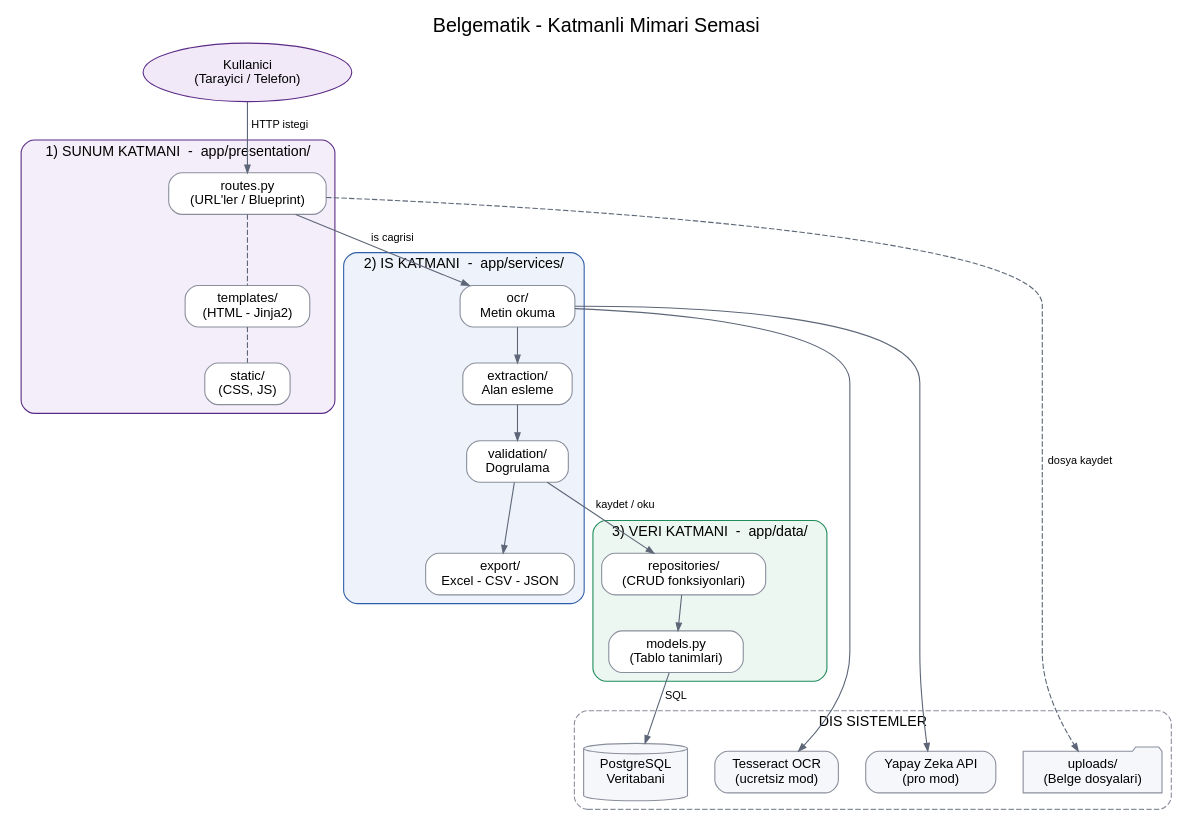
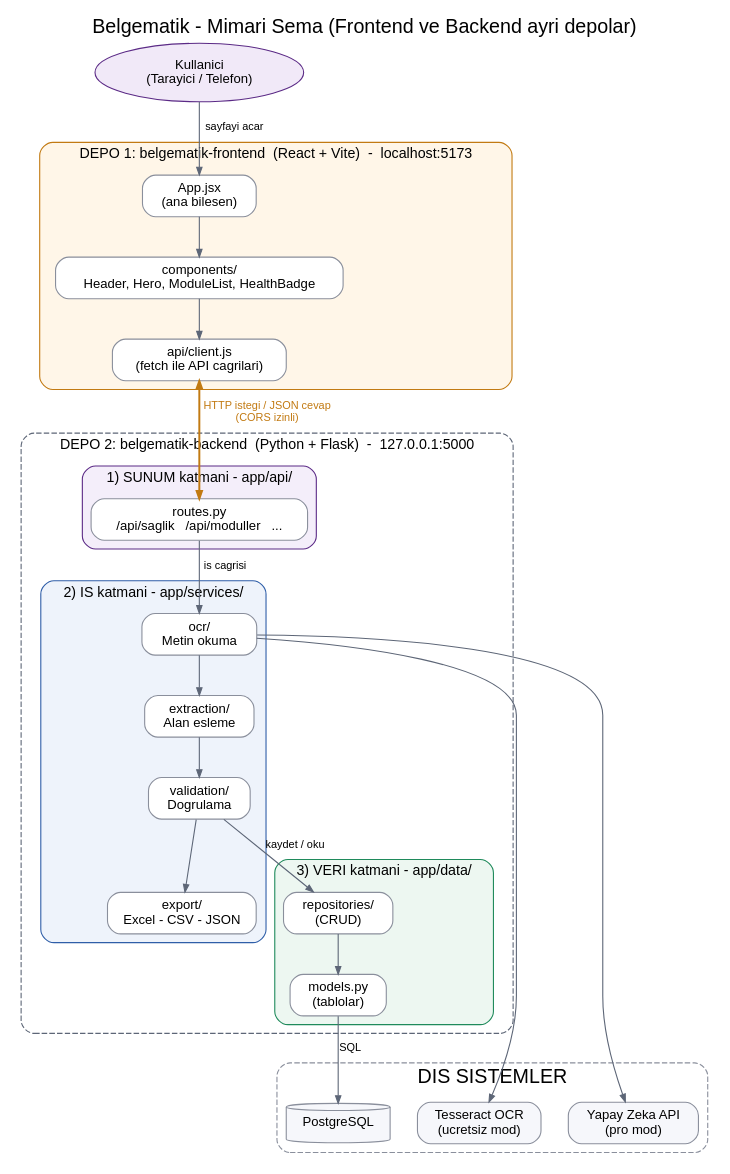
One commit to hasankamiloglu/belgematik changed the diagram in docs/mimari-sema.dot. Above: the diagram before and after it, drawn with Graphviz. The commit also changed 17 other files, not shown here.

Commit message:
Hafta 3: frontend ve backend ayrildi, API ve CORS eklendi

```diff
--- a/docs/mimari-sema.dot
+++ b/docs/mimari-sema.dot
@@ -1,41 +1,55 @@
 digraph Mimari {
-  rankdir=TB; bgcolor="white"; fontname="Helvetica"; nodesep=0.35; ranksep=0.45;
+  rankdir=TB; bgcolor="white"; fontname="Helvetica"; nodesep=0.35; ranksep=0.5; compound=true;
   node [shape=box, style="rounded,filled", fontname="Helvetica", fontsize=12, color="#8a8f9c", fillcolor="white", margin="0.18,0.08"];
   edge [color="#5d6677", fontname="Helvetica", fontsize=10, arrowsize=0.7];
-  label="Belgematik - Katmanli Mimari Semasi"; labelloc=t; fontsize=18;
+  label="Belgematik - Mimari Sema (Frontend ve Backend ayri depolar)"; labelloc=t; fontsize=18;
 
   kullanici [label="Kullanici\n(Tarayici / Telefon)", shape=ellipse, fillcolor="#f1e9f8", color="#5b2a86"];
 
-  subgraph cluster_sunum { label="1) SUNUM KATMANI  -  app/presentation/"; style="rounded,filled"; fillcolor="#f4eefa"; color="#5b2a86"; fontsize=13;
-    routes [label="routes.py\n(URL'ler / Blueprint)"];
-    templates [label="templates/\n(HTML - Jinja2)"];
-    static [label="static/\n(CSS, JS)"];
+  subgraph cluster_fe {
+    label="DEPO 1: belgematik-frontend  (React + Vite)  -  localhost:5173";
+    style="rounded,filled"; fillcolor="#fff6e8"; color="#c27a12"; fontsize=13;
+    app_jsx [label="App.jsx\n(ana bilesen)"];
+    comps [label="components/\nHeader, Hero, ModuleList, HealthBadge"];
+    client [label="api/client.js\n(fetch ile API cagrilari)"];
+    app_jsx -> comps -> client;
   }
-  subgraph cluster_is { label="2) IS KATMANI  -  app/services/"; style="rounded,filled"; fillcolor="#eef3fb"; color="#2f5ea8"; fontsize=13;
-    ocr [label="ocr/\nMetin okuma"];
-    extraction [label="extraction/\nAlan esleme"];
-    validation [label="validation/\nDogrulama"];
-    export [label="export/\nExcel - CSV - JSON"];
-    ocr -> extraction -> validation -> export;
+
+  subgraph cluster_be {
+    label="DEPO 2: belgematik-backend  (Python + Flask)  -  127.0.0.1:5000";
+    style="rounded,dashed"; color="#5d6677"; fontsize=13;
+    subgraph cluster_api {
+      label="1) SUNUM katmani - app/api/"; style="rounded,filled"; fillcolor="#f4eefa"; color="#5b2a86";
+      routes [label="routes.py\n/api/saglik   /api/moduller   ..."];
+    }
+    subgraph cluster_is {
+      label="2) IS katmani - app/services/"; style="rounded,filled"; fillcolor="#eef3fb"; color="#2f5ea8";
+      ocr [label="ocr/\nMetin okuma"];
+      extraction [label="extraction/\nAlan esleme"];
+      validation [label="validation/\nDogrulama"];
+      export [label="export/\nExcel - CSV - JSON"];
+      ocr -> extraction -> validation -> export;
+    }
+    subgraph cluster_veri {
+      label="3) VERI katmani - app/data/"; style="rounded,filled"; fillcolor="#edf7f1"; color="#1f8a5b";
+      repos [label="repositories/\n(CRUD)"];
+      models [label="models.py\n(tablolar)"];
+      repos -> models;
+    }
   }
-  subgraph cluster_veri { label="3) VERI KATMANI  -  app/data/"; style="rounded,filled"; fillcolor="#edf7f1"; color="#1f8a5b"; fontsize=13;
-    models [label="models.py\n(Tablo tanimlari)"];
-    repos [label="repositories/\n(CRUD fonksiyonlari)"];
-    repos -> models;
-  }
-  subgraph cluster_dis { label="DIS SISTEMLER"; style="rounded,dashed"; color="#8a8f9c"; fontsize=13;
-    pg [label="PostgreSQL\nVeritabani", shape=cylinder, fillcolor="#f6f7fb"];
+
+  subgraph cluster_dis {
+    label="DIS SISTEMLER"; style="rounded,dashed"; color="#8a8f9c";
+    pg [label="PostgreSQL", shape=cylinder, fillcolor="#f6f7fb"];
     tess [label="Tesseract OCR\n(ucretsiz mod)", fillcolor="#f6f7fb"];
     llm [label="Yapay Zeka API\n(pro mod)", fillcolor="#f6f7fb"];
-    disk [label="uploads/\n(Belge dosyalari)", shape=folder, fillcolor="#f6f7fb"];
   }
 
-  kullanici -> routes [label=" HTTP istegi"];
-  routes -> templates [style=dashed, arrowhead=none];
-  templates -> static [style=dashed, arrowhead=none];
-  routes -> ocr [label=" is cagrisi", lhead=cluster_is];
+  kullanici -> app_jsx [label=" sayfayi acar"];
+  client -> routes [label=" HTTP istegi / JSON cevap\n (CORS izinli)", color="#c27a12", fontcolor="#c27a12", penwidth=1.8, dir=both];
+  routes -> ocr [label=" is cagrisi"];
   validation -> repos [label=" kaydet / oku"];
   models -> pg [label=" SQL"];
-  ocr -> tess; ocr -> llm;
-  routes -> disk [label=" dosya kaydet", style=dashed];
+  ocr -> tess;
+  ocr -> llm;
 }
```
